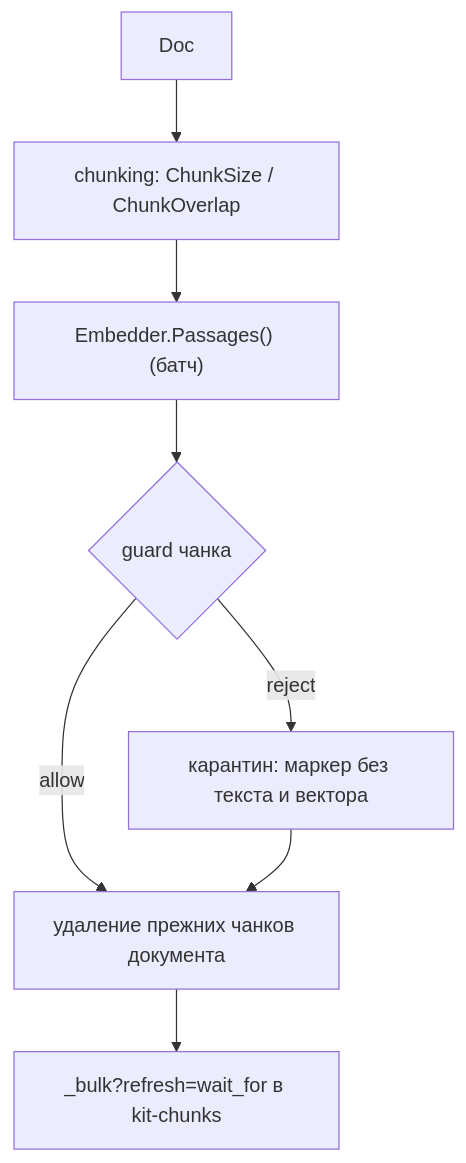
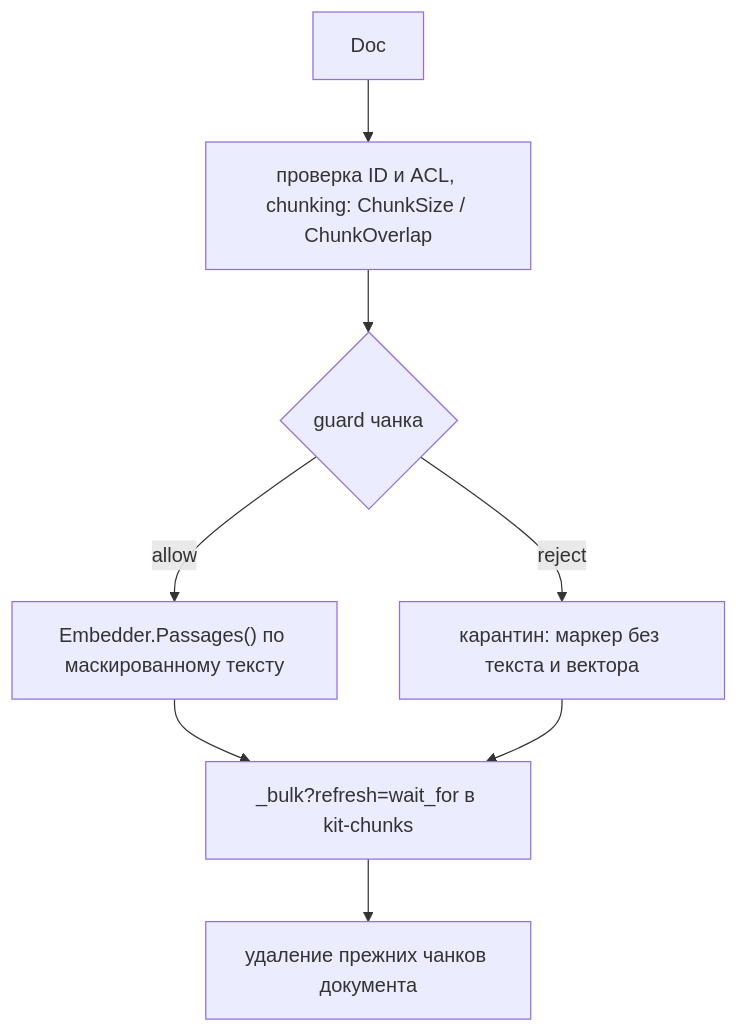
One commit to KirillYuzh/Gobellim changed the first of 2 diagrams in docs/guides/retrieval.md. Above: the diagram before and after it, drawn with Mermaid. The commit also changed other lines of this file and 41 other files, not shown here.

````diff
--- a/docs/guides/retrieval.md
+++ b/docs/guides/retrieval.md
@@ -42,10 +42,10 @@
 ```mermaid
 flowchart TD
-    D["Doc"] --> CH["chunking: ChunkSize / ChunkOverlap"]
-    CH --> EMB["Embedder.Passages() (батч)"]
-    EMB --> G{"guard чанка"}
+    D["Doc"] --> CH["проверка ID и ACL, chunking: ChunkSize / ChunkOverlap"]
+    CH --> G{"guard чанка"}
     G -->|"reject"| Q["карантин: маркер без текста и вектора"]
-    G -->|"allow"| DEL["удаление прежних чанков документа"]
-    Q --> DEL
-    DEL --> BULK["_bulk?refresh=wait_for в kit-chunks"]
+    G -->|"allow"| EMB["Embedder.Passages() по маскированному тексту"]
+    EMB --> BULK["_bulk?refresh=wait_for в kit-chunks"]
+    Q --> BULK
+    BULK --> DEL["удаление прежних чанков документа"]
 ```
````
